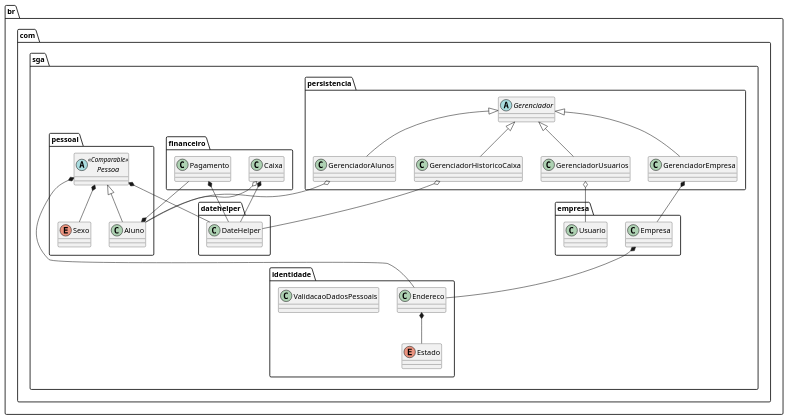
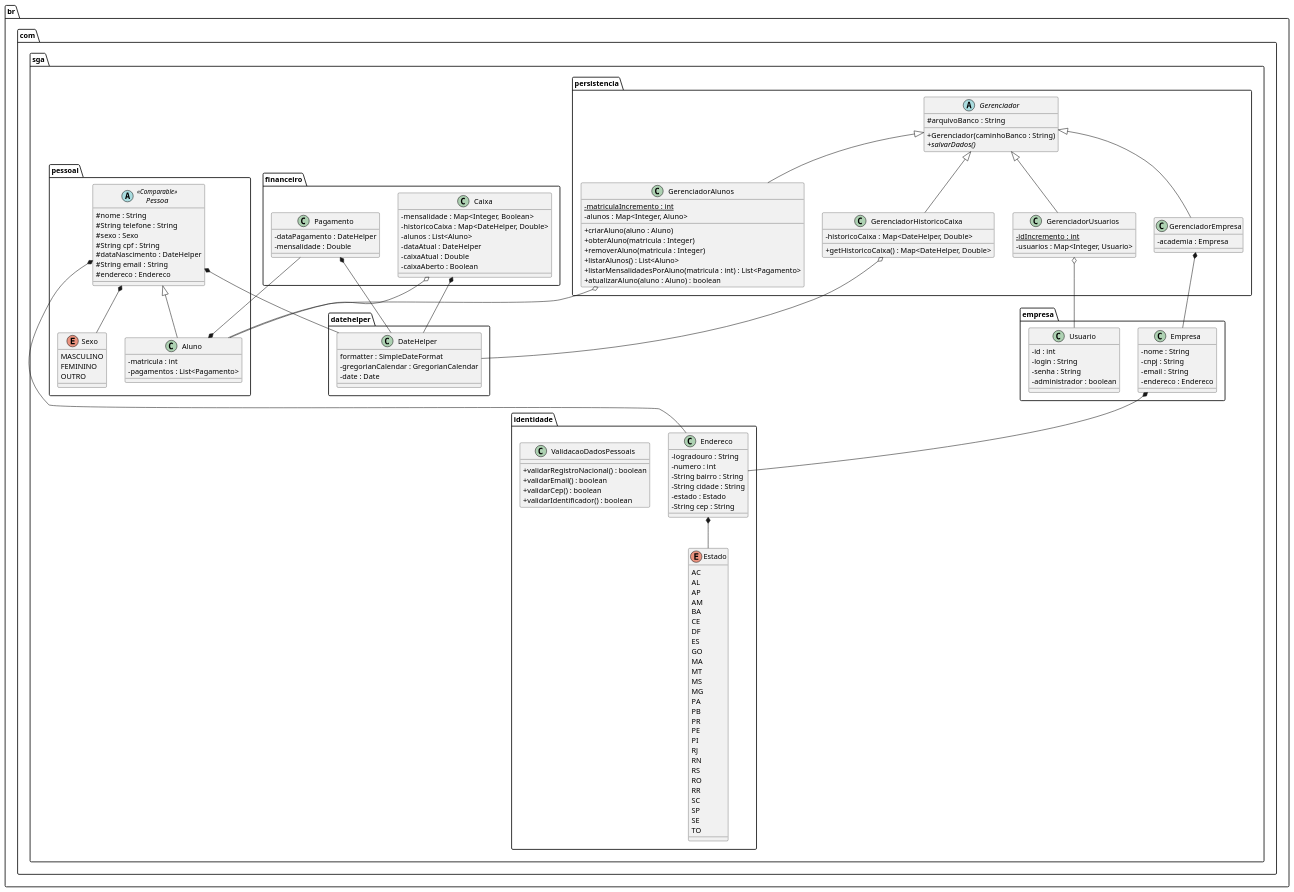
Before and after one commit to botelhocpp/SGA: the diagram in doc/uml/sga.plantuml, drawn with PlantUML. The commit also changed 1 other file, not shown here.

```diff
--- a/doc/uml/sga.plantuml
+++ b/doc/uml/sga.plantuml
@@ -5,114 +5,182 @@
 @startuml sga
 skinparam classAttributeIconSize 0
 
 
 package br.com.sga.datehelper <<Folder>> {
 
      class DateHelper {
-          
+          formatter : SimpleDateFormat
+          -gregorianCalendar : GregorianCalendar
+          -date : Date 
      }
 }
 
 package br.com.sga.empresa <<Folder>> {
      class Empresa {
-          
+          -nome : String
+          -cnpj : String
+          -email : String
+          -endereco : Endereco 
      }
 
      class Usuario {
-
+          -id : int
+          -login : String
+          -senha : String
+          -administrador : boolean
      }
 }
 
 package br.com.sga.financeiro <<Folder>> {
 
      class Caixa {
-          
+          -mensalidade : Map<Integer, Boolean>
+          -historicoCaixa : Map<DateHelper, Double>
+          -alunos : List<Aluno>
+          -dataAtual : DateHelper
+          -caixaAtual : Double
+          -caixaAberto : Boolean
      }
 
      class Pagamento {
-
+          -dataPagamento : DateHelper
+          -mensalidade : Double
      }
 }
 
 package br.com.sga.identidade <<Folder>> {
 
      class Endereco {
-
+          -logradouro : String
+          -numero : int
+          -String bairro : String
+          -String cidade : String
+          -estado : Estado
+          -String cep : String
      }
 
      enum Estado {
-
+          AC
+          AL
+          AP
+          AM
+          BA
+          CE
+          DF
+          ES
+          GO
+          MA
+          MT
+          MS
+          MG
+          PA
+          PB
+          PR
+          PE
+          PI
+          RJ
+          RN
+          RS
+          RO
+          RR
+          SC
+          SP
+          SE
+          TO
      }
 
      class ValidacaoDadosPessoais {
-
+          +validarRegistroNacional() : boolean
+          +validarEmail() : boolean
+          +validarCep() : boolean
+          +validarIdentificador() : boolean
      }
 
 }
 
 package br.com.sga.persistencia <<Folder>> {
 
      abstract class Gerenciador {
-
+          #arquivoBanco : String
+          +Gerenciador(caminhoBanco : String)
+          +{abstract}salvarDados()
      }
 
      class GerenciadorAlunos {
-
+          -{static}matriculaIncremento : int
+          -alunos : Map<Integer, Aluno>
+          +criarAluno(aluno : Aluno)
+          +obterAluno(matricula : Integer)
+          +removerAluno(matricula : Integer)
+          +listarAlunos() : List<Aluno>
+          +listarMensalidadesPorAluno(matricula : int) : List<Pagamento>
+          +atualizarAluno(aluno : Aluno) : boolean
      }
 
      class GerenciadorEmpresa {
-
+          -academia : Empresa
      }
 
      class GerenciadorHistoricoCaixa {
-
+          -historicoCaixa : Map<DateHelper, Double>
+          +getHistoricoCaixa() : Map<DateHelper, Double>
      }
 
      class GerenciadorUsuarios {
-
+          -{static}idIncremento : int
+          -usuarios : Map<Integer, Usuario>
      }
 
 }
 
 package br.com.sga.pessoal <<Folder>> {
 
      abstract class Pessoa <<Comparable>> {
-
+          #nome : String
+          #String telefone : String
+          #sexo : Sexo
+          #String cpf : String
+          #dataNascimento : DateHelper
+          #String email : String
+          #endereco : Endereco
      }
 
      class Aluno extends Pessoa {
-
+          -matricula : int
+          -pagamentos : List<Pagamento>
      }
 
      enum Sexo {
-
+          MASCULINO
+          FEMININO
+          OUTRO
      }
 }
 
 Gerenciador <|-- GerenciadorAlunos
 Gerenciador <|-- GerenciadorEmpresa
 Gerenciador <|-- GerenciadorHistoricoCaixa
 Gerenciador <|-- GerenciadorUsuarios
 
 Pessoa *-- DateHelper
 Pessoa *-- Endereco
 Pessoa *-- Sexo
 
 Aluno *-- Pagamento
 
 GerenciadorUsuarios o-- Usuario
 GerenciadorHistoricoCaixa o-- DateHelper
 GerenciadorEmpresa *-- Empresa 
 GerenciadorAlunos o-- Aluno
 
 Endereco *-- Estado
 
 Pagamento *-- DateHelper
 
 Caixa *-- DateHelper
 Caixa o-- Aluno
 
 Empresa *-- Endereco
 
 
 @enduml
```
